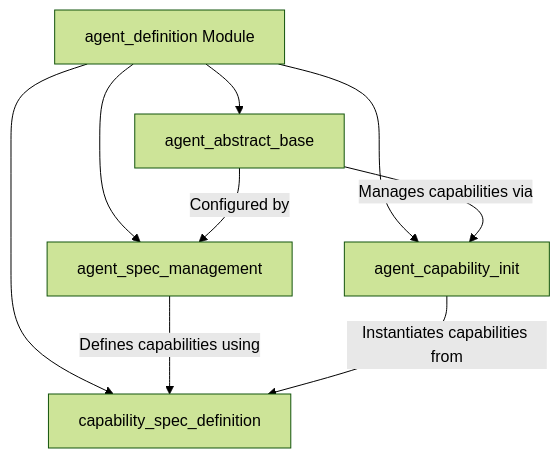
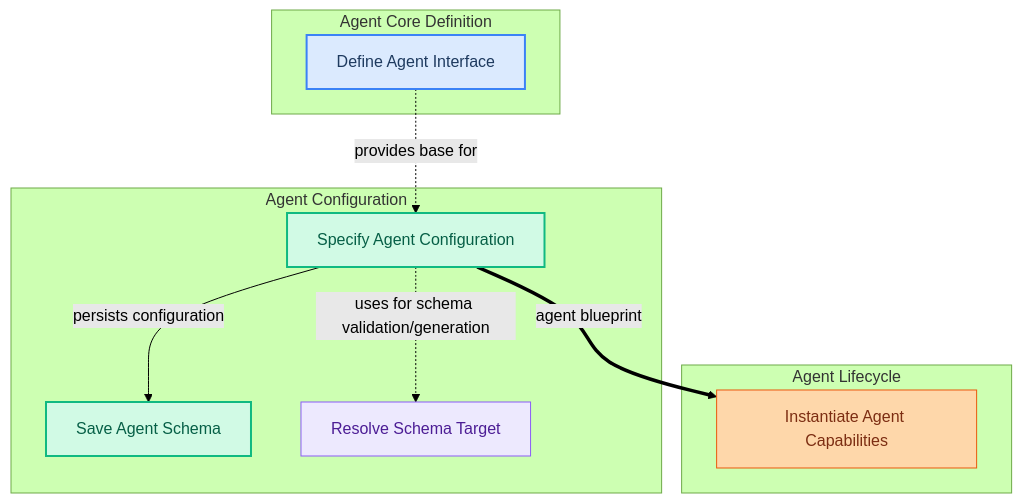
The diagram in demo/repos/pydantic-ai/agent_definition.md (ShreyasPatel031/atelier), drawn with Mermaid (forest theme) before and after one commit. The commit also changed other lines of this file and 2700 other files, not shown here.

First line of the commit message:
Demo viewer: six curated repos, Pydantic bundle swap, Mermaid styling

````diff
--- a/demo/repos/pydantic-ai/agent_definition.md
+++ b/demo/repos/pydantic-ai/agent_definition.md
@@ -7,24 +7,38 @@
 ```mermaid
-graph TD
-    A[agent_definition Module]
+flowchart TD
+    subgraph agent_core["Agent Core Definition"]
+        A[Define Agent Interface]
+    end
 
-    B[agent_abstract_base]
-    C[agent_spec_management]
-    D[capability_spec_definition]
-    E[agent_capability_init]
+    subgraph agent_config["Agent Configuration"]
+        B[Specify Agent Configuration]
+        C[Save Agent Schema]
+        D[Resolve Schema Target]
+    end
 
-    A --> B
-    A --> C
-    A --> D
-    A --> E
+    subgraph agent_lifecycle["Agent Lifecycle"]
+        E[Instantiate Agent Capabilities]
+    end
 
-    C -- "Defines capabilities using" --> D
-    E -- "Instantiates capabilities from" --> D
-    B -- "Configured by" --> C
-    B -- "Manages capabilities via" --> E
+    A -.->|"provides base for"| B
+    B ==>|"agent blueprint"| E
+    B -->|"persists configuration"| C
+    B -.->|"uses for schema validation/generation"| D
 
-    click B "agent_abstract_base.md" "View agent_abstract_base Module"
-    click C "agent_spec_management.md" "View agent_spec_management Module"
-    click D "capability_spec_definition.md" "View capability_spec_definition Module"
-    click E "agent_capability_init.md" "View agent_capability_init Module"
+    classDef surface fill:#dbeafe,stroke:#3b82f6,stroke-width:2px,color:#1e3a5f
+    classDef data fill:#d1fae5,stroke:#10b981,stroke-width:2px,color:#065f46
+    classDef generative fill:#fed7aa,stroke:#ea580c,stroke-width:1px,color:#7c2d12
+    classDef analytical fill:#ede9fe,stroke:#8b5cf6,stroke-width:1px,color:#4c1d95
+
+    class A surface
+    class B data
+    class C data
+    class D analytical
+    class E generative
+
+    click A "pydantic_ai_slim.pydantic_ai.agent.abstract.AbstractAgent.md" "View AbstractAgent Documentation"
+    click B "pydantic_ai_slim.pydantic_ai.agent.spec.AgentSpec.md" "View AgentSpec Documentation"
+    click C "pydantic_ai_slim.pydantic_ai.agent.spec._save_schema.md" "View _save_schema Documentation"
+    click D "pydantic_ai_slim.pydantic_ai.agent.spec._get_schema_target.md" "View _get_schema_target Documentation"
+    click E "pydantic_ai_slim.pydantic_ai.agent.__init__._instantiate_cap.md" "View _instantiate_cap Documentation"
 ```
````
